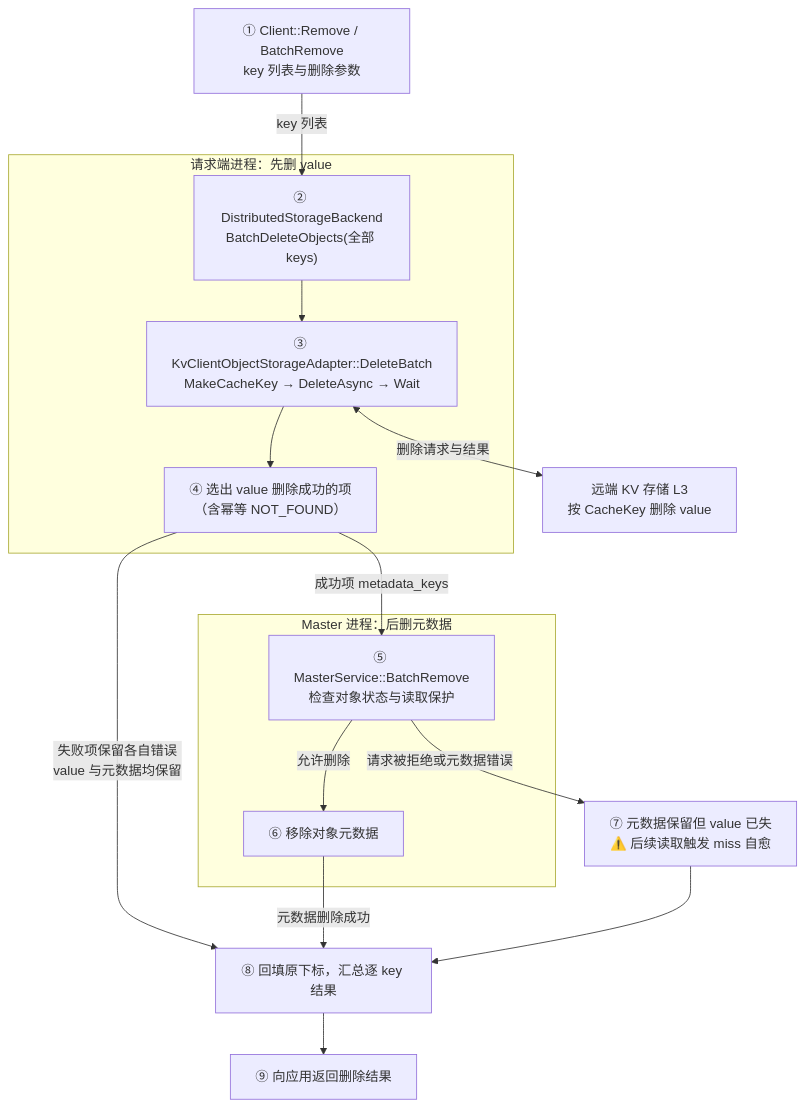
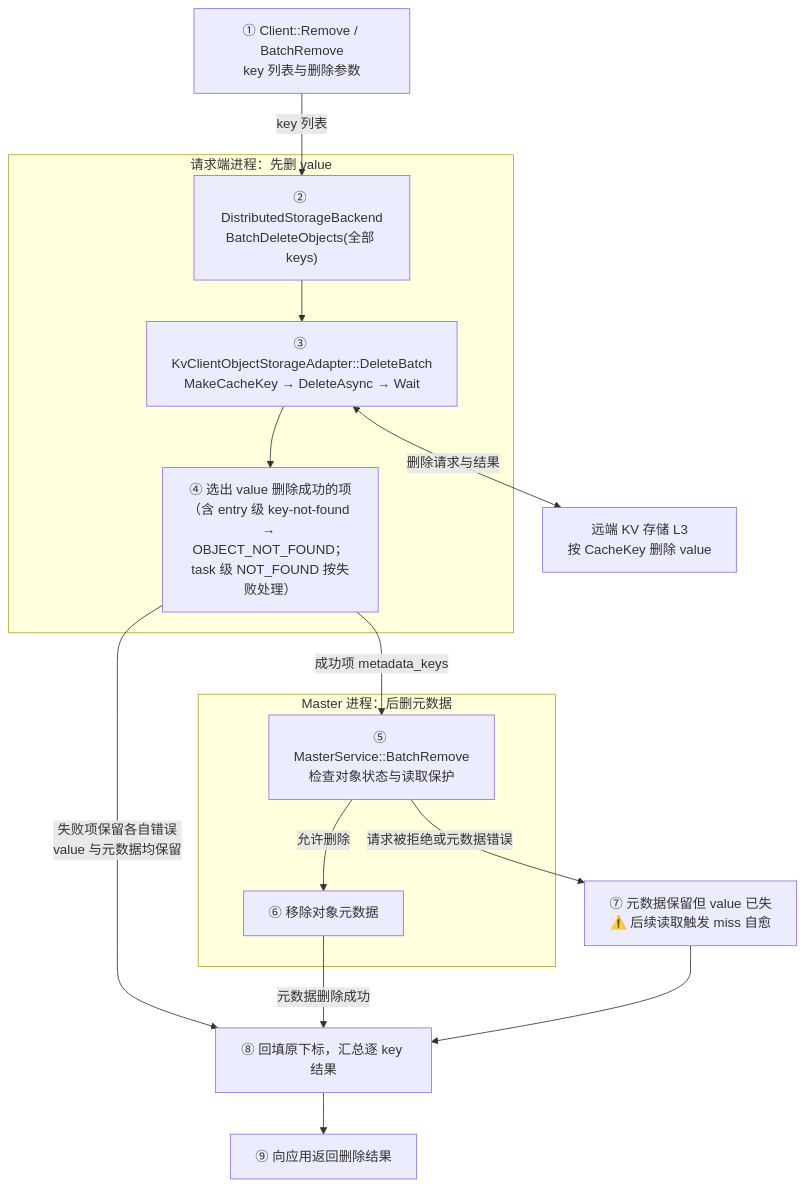
One commit to zwj20000328-dotcom/Mooncake-documents changed the sixth of 13 diagrams in Mooncake + KVClient L3 接入（Kvcs）- v3.md. Above: the diagram before and after it, drawn with Mermaid. The commit also changed other lines of this file, not shown here.

````diff
--- a/Mooncake + KVClient L3 接入（Kvcs）- v3.md
+++ b/Mooncake + KVClient L3 接入（Kvcs）- v3.md
@@ -459,34 +459,34 @@
 ```mermaid
 flowchart TB
     C["① Client::Remove / BatchRemove<br/>key 列表与删除参数"]
 
     subgraph Request["请求端进程：先删 value"]
         B["② DistributedStorageBackend<br/>BatchDeleteObjects(全部 keys)"]
         D["③ KvClientObjectStorageAdapter::DeleteBatch<br/>MakeCacheKey → DeleteAsync → Wait"]
-        PICK["④ 选出 value 删除成功的项<br/>（含幂等 NOT_FOUND）"]
+        PICK["④ 选出 value 删除成功的项<br/>（含 entry 级 key-not-found → OBJECT_NOT_FOUND；task 级 NOT_FOUND 按失败处理）"]
 
         B --> D
         D --> PICK
     end
 
     subgraph Master["Master 进程：后删元数据"]
         M["⑤ MasterService::BatchRemove<br/>检查对象状态与读取保护"]
         META["⑥ 移除对象元数据"]
 
         M -->|"允许删除"| META
     end
 
     RESULT["⑧ 回填原下标，汇总逐 key 结果"]
     RETURN["⑨ 向应用返回删除结果"]
     WINDOW["⑦ 元数据保留但 value 已失<br/>⚠️ 后续读取触发 miss 自愈"]
     S["远端 KV 存储 L3<br/>按 CacheKey 删除 value"]
 
     C -->|"key 列表"| B
     D <-->|"删除请求与结果"| S
     PICK -->|"成功项 metadata_keys"| M
     PICK -->|"失败项保留各自错误<br/>value 与元数据均保留"| RESULT
     M -->|"请求被拒绝或元数据错误"| WINDOW
     META -->|"元数据删除成功"| RESULT
     WINDOW --> RESULT
     RESULT --> RETURN
 ```
````
